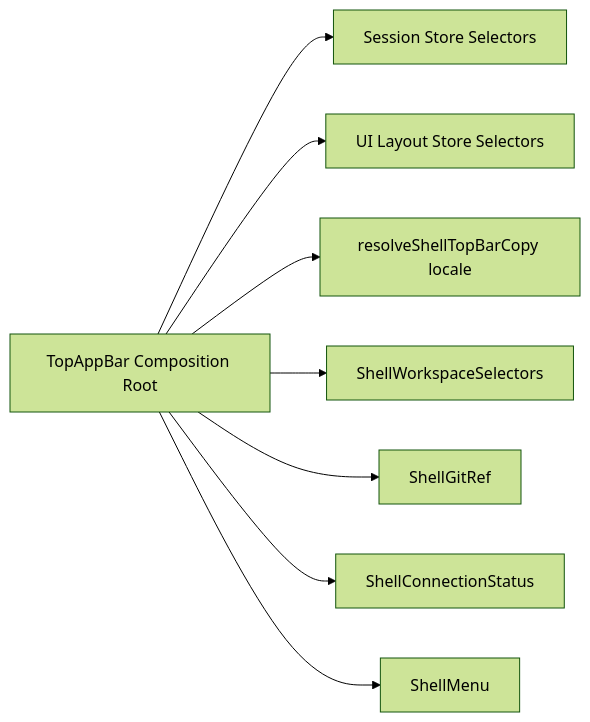
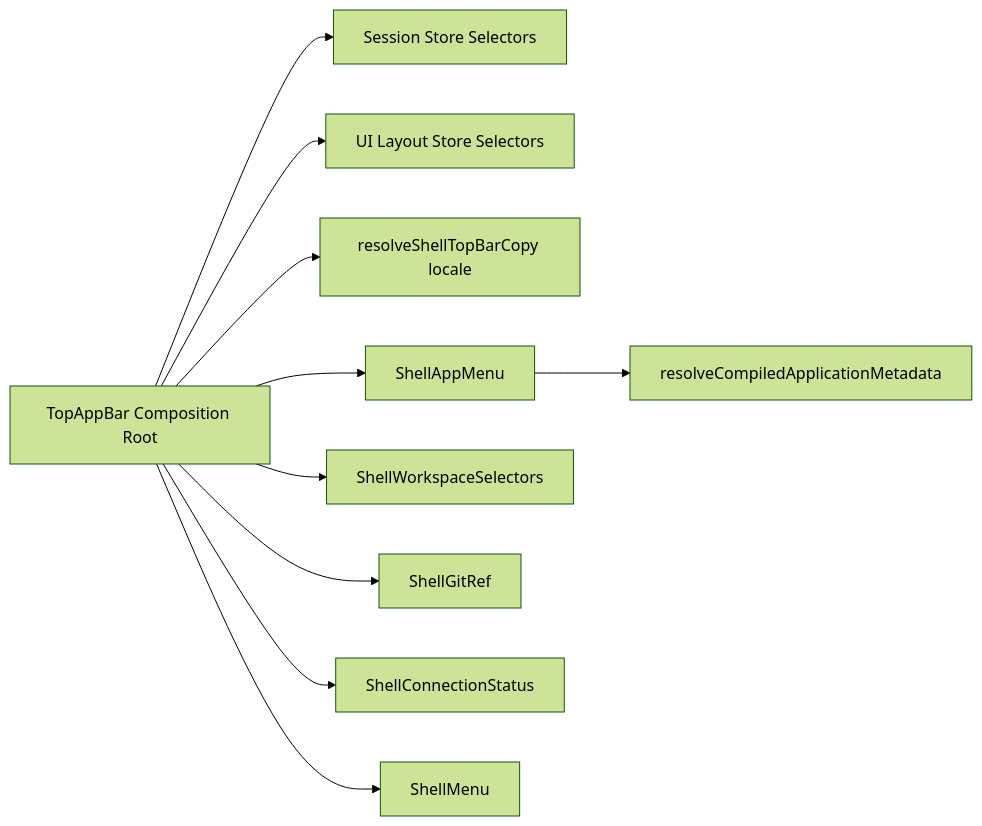
One commit to dunay2/dvt changed the diagram in docs/architecture/components/web/top-app-bar-component-technical-manual-20260404.md. Above: the diagram before and after it, drawn with Mermaid (forest theme). The commit also changed other lines of this file and 80 other files, not shown here.

````diff
--- a/docs/architecture/components/web/top-app-bar-component-technical-manual-20260404.md
+++ b/docs/architecture/components/web/top-app-bar-component-technical-manual-20260404.md
@@ -33,10 +34,12 @@
 ```mermaid
 flowchart LR
   A[TopAppBar Composition Root] --> B[Session Store Selectors]
   A --> C[UI Layout Store Selectors]
   A --> D[resolveShellTopBarCopy locale]
-  A --> E[ShellWorkspaceSelectors]
-  A --> F[ShellGitRef]
-  A --> G[ShellConnectionStatus]
-  A --> H[ShellMenu]
+  A --> E[ShellAppMenu]
+  E --> I[resolveCompiledApplicationMetadata]
+  A --> F[ShellWorkspaceSelectors]
+  A --> G[ShellGitRef]
+  A --> H[ShellConnectionStatus]
+  A --> J[ShellMenu]
 ```
````
